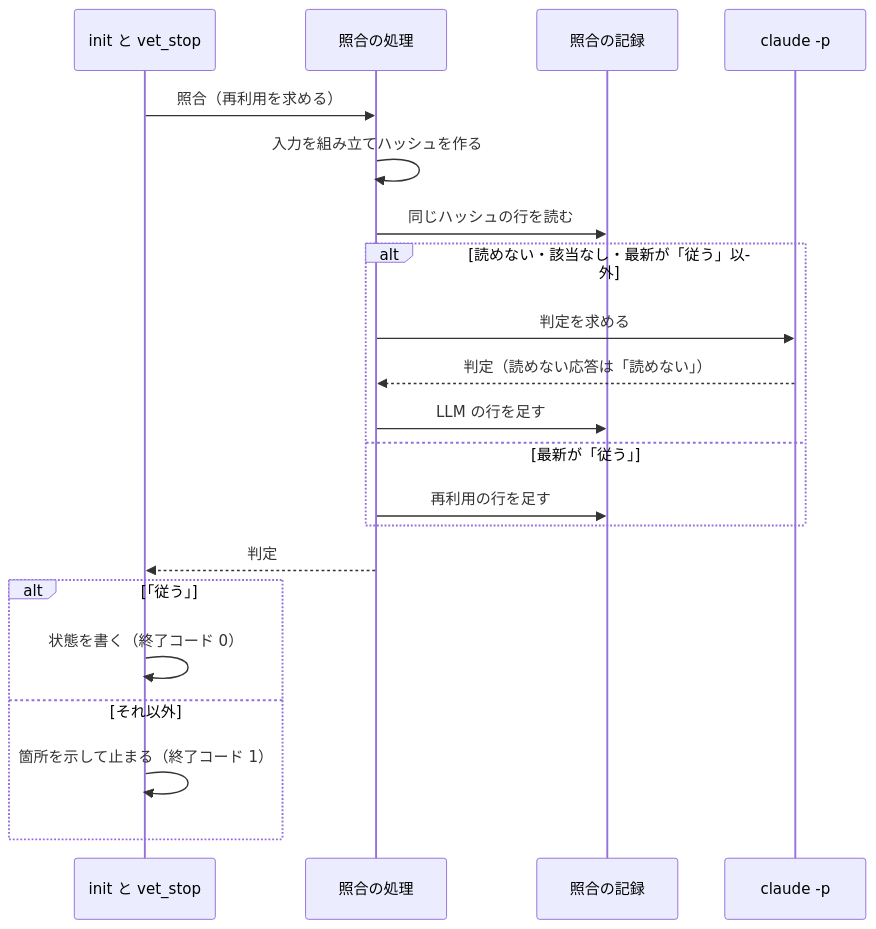
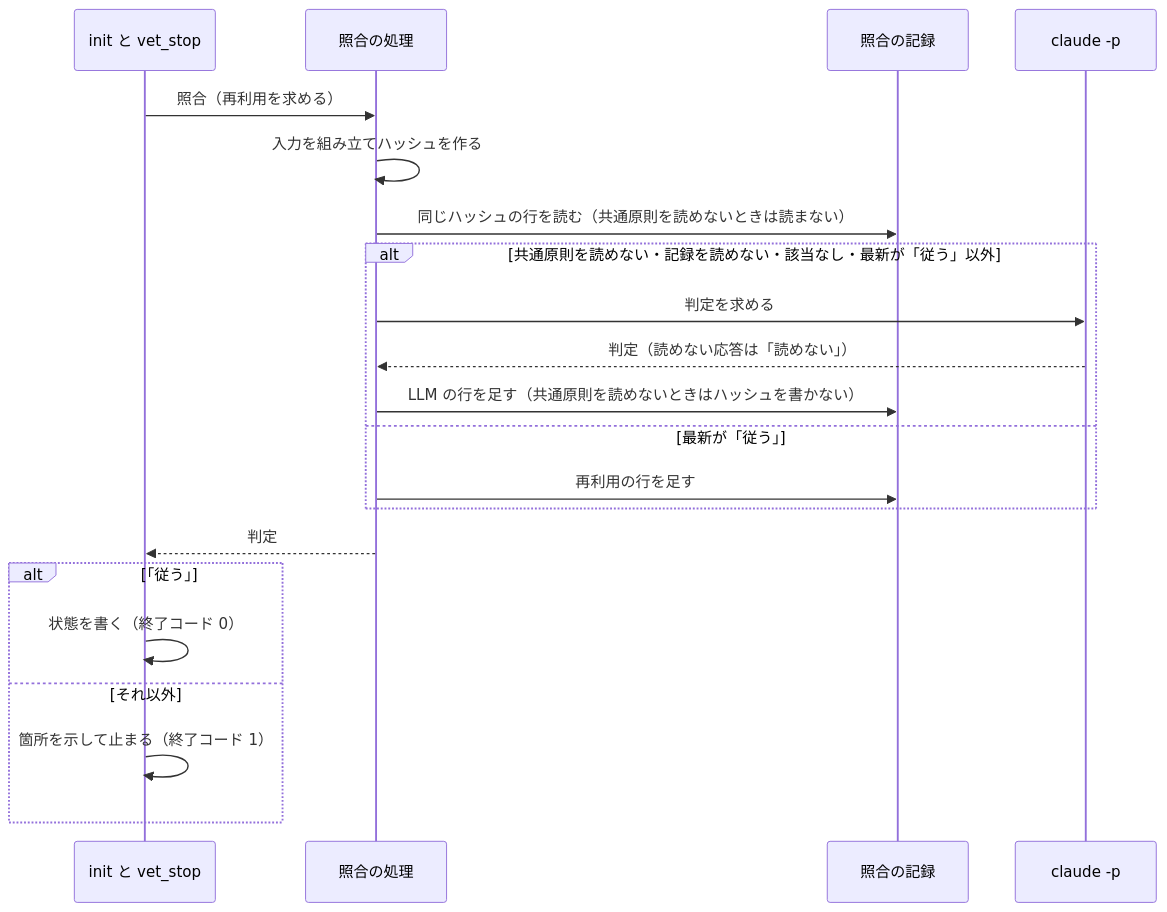
The fourth of 4 diagrams in issues/issue-2614-design.md (devbasex/ai-plugins), drawn with Mermaid before and after one commit. The commit also changed other lines of this file, not shown here.

Commit message:
Docs: 共通原則を読めないときの照合を再利用しないと決める（#2614）
代わりの文は読めない状態が続くと毎回同じ文字列になり、入力のハッシュでは
切り分けられない。不変条件 I7 として再利用せず再利用の元にもしないと決め、
テスト設計に 1 行足す。

````diff
--- a/issues/issue-2614-design.md
+++ b/issues/issue-2614-design.md
@@ -282,23 +285,23 @@
 ```mermaid
 sequenceDiagram
     participant I as init と vet_stop
     participant V as 照合の処理
     participant L as 照合の記録
     participant C as claude -p
     I->>V: 照合（再利用を求める）
     V->>V: 入力を組み立てハッシュを作る
-    V->>L: 同じハッシュの行を読む
-    alt 読めない・該当なし・最新が「従う」以外
+    V->>L: 同じハッシュの行を読む（共通原則を読めないときは読まない）
+    alt 共通原則を読めない・記録を読めない・該当なし・最新が「従う」以外
         V->>C: 判定を求める
         C-->>V: 判定（読めない応答は「読めない」）
-        V->>L: LLM の行を足す
+        V->>L: LLM の行を足す（共通原則を読めないときはハッシュを書かない）
     else 最新が「従う」
         V->>L: 再利用の行を足す
     end
     V-->>I: 判定
     alt 「従う」
         I->>I: 状態を書く（終了コード 0）
     else それ以外
         I->>I: 箇所を示して止まる（終了コード 1）
     end
 ```
````
